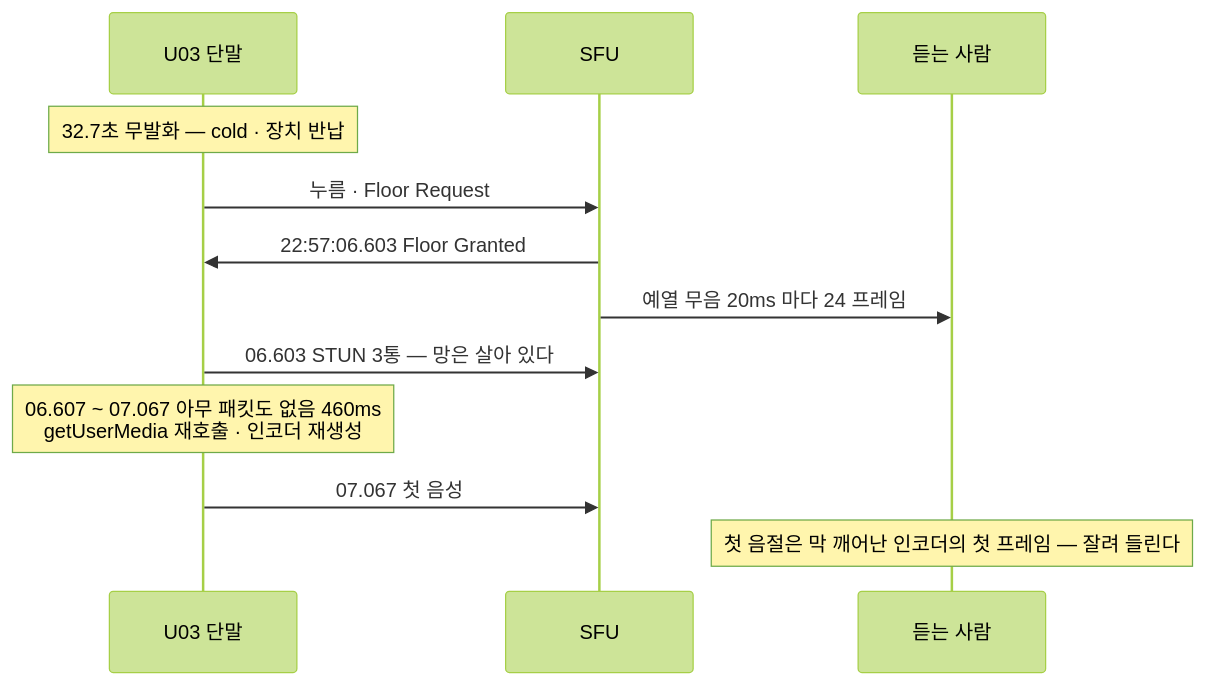
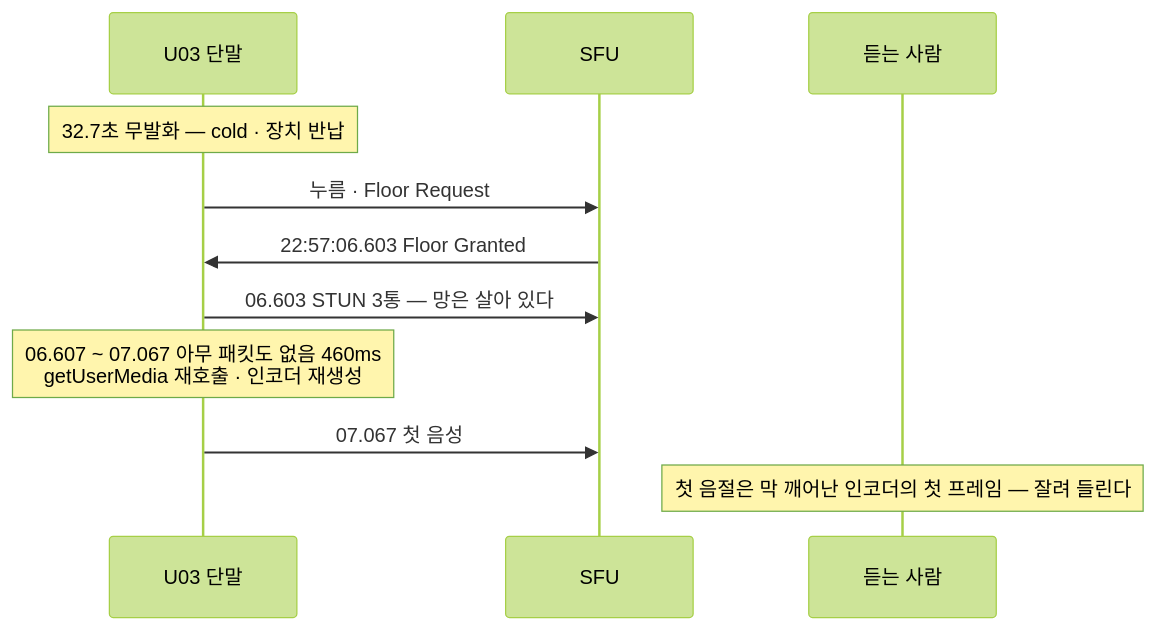
Before and after one commit to kodeholic9/oxlens-sfu: the fourth of 4 diagrams in docs/learn/09_MIC_COST.md, drawn with Mermaid (forest theme). The commit also changed other lines of this file and 37 other files, not shown here.

````diff
--- a/docs/learn/09_MIC_COST.md
+++ b/docs/learn/09_MIC_COST.md
@@ -145,14 +145,13 @@
 ```mermaid
 sequenceDiagram
   participant U as U03 단말
   participant S as SFU
   participant L as 듣는 사람
   Note over U: 32.7초 무발화 — cold · 장치 반납
   U->>S: 누름 · Floor Request
   S->>U: 22:57:06.603 Floor Granted
-  S->>L: 예열 무음 20ms 마다 24 프레임
   U->>S: 06.603 STUN 3통 — 망은 살아 있다
   Note over U: 06.607 ~ 07.067 아무 패킷도 없음 460ms<br/>getUserMedia 재호출 · 인코더 재생성
   U->>S: 07.067 첫 음성
   Note over L: 첫 음절은 막 깨어난 인코더의 첫 프레임 — 잘려 들린다
 ```
````
